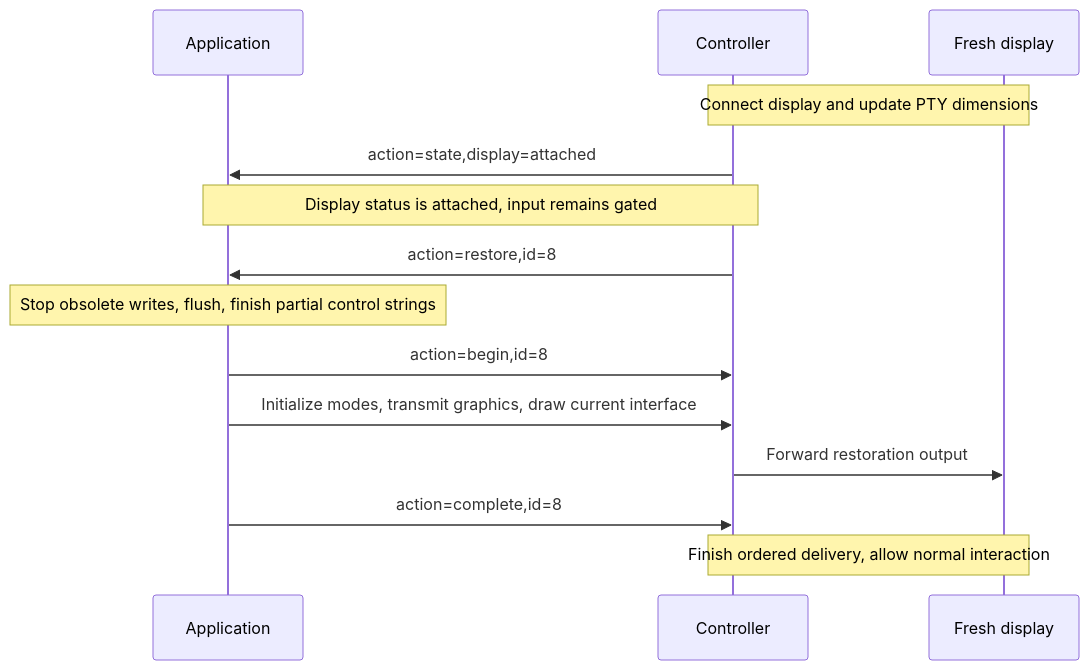
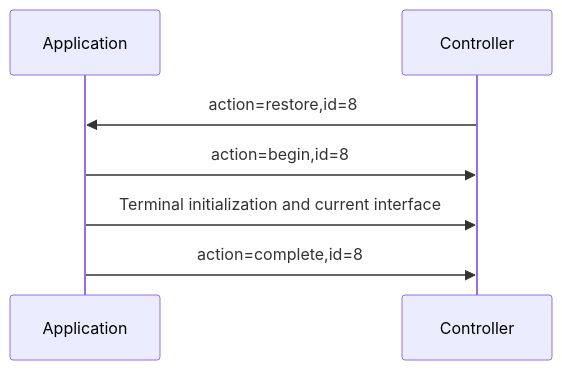
One commit to claes/kittyplex changed the fifth of 7 diagrams in docs/terminal-recovery-protocol-spec.md. Above: the diagram before and after it, drawn with Mermaid. The commit also changed other lines of this file and 2 other files, not shown here.

Commit message:
Simplify state diagram etc

````diff
--- a/docs/terminal-recovery-protocol-spec.md
+++ b/docs/terminal-recovery-protocol-spec.md
@@ -254,16 +250,9 @@
 ```mermaid
 sequenceDiagram
     participant A as Application
     participant C as Controller
-    participant D as Fresh display
-    Note over C,D: Connect display and update PTY dimensions
-    C->>A: action=state,display=attached
-    Note over A,C: Display status is attached, input remains gated
     C->>A: action=restore,id=8
-    Note over A: Stop obsolete writes, flush, finish partial control strings
     A->>C: action=begin,id=8
-    A->>C: Initialize modes, transmit graphics, draw current interface
-    C->>D: Forward restoration output
+    A->>C: Terminal initialization and current interface
     A->>C: action=complete,id=8
-    Note over C,D: Finish ordered delivery, allow normal interaction
 ```
````
